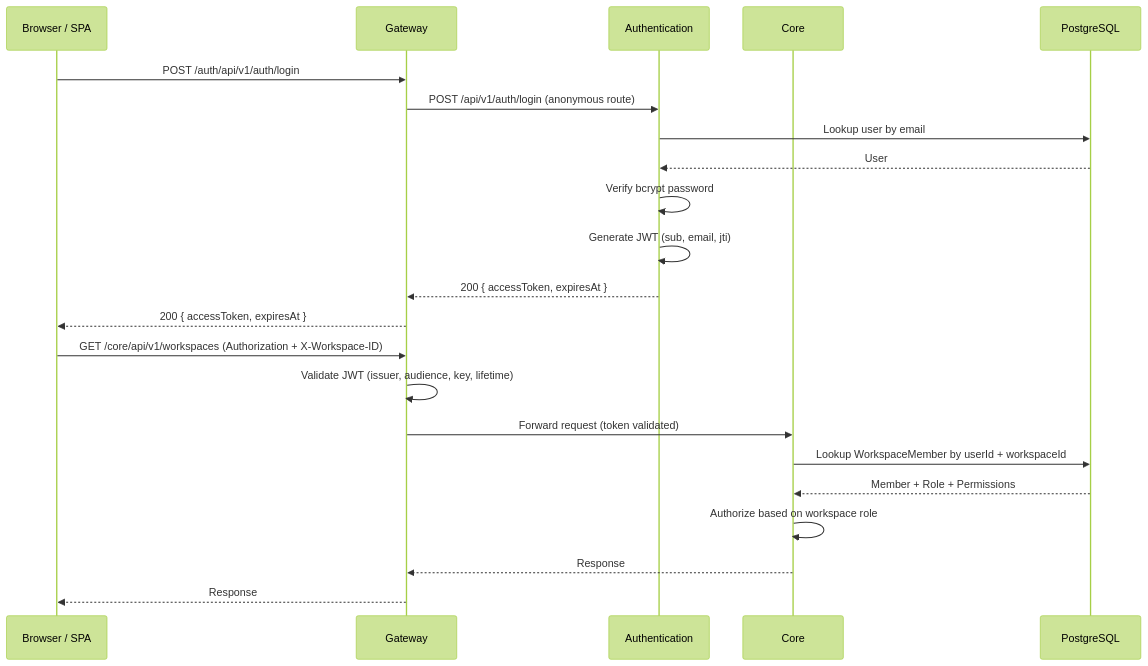
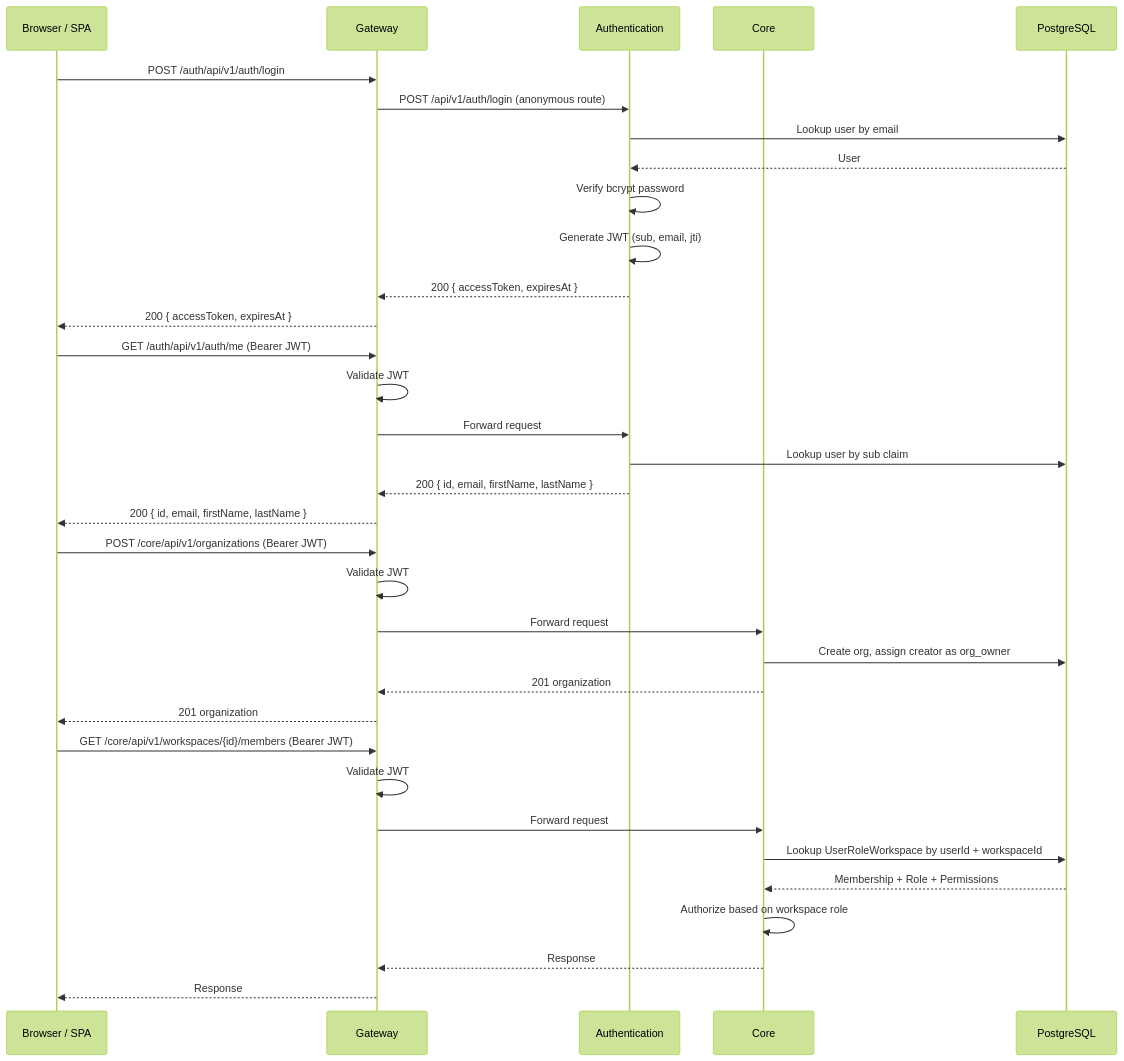
One commit to RelativaCRM/Relativa changed the third of 3 diagrams in docs/ai-guides/ARCHITECTURE.md. Above: the diagram before and after it, drawn with Mermaid (forest theme). The commit also changed other lines of this file and 133 other files, not shown here.

````diff
--- a/docs/ai-guides/ARCHITECTURE.md
+++ b/docs/ai-guides/ARCHITECTURE.md
@@ -212,26 +261,40 @@
 ```mermaid
 sequenceDiagram
     participant Client as Browser / SPA
     participant GW as Gateway
     participant Auth as Authentication
     participant Core as Core
     participant DB as PostgreSQL
 
     Client->>GW: POST /auth/api/v1/auth/login
     GW->>Auth: POST /api/v1/auth/login (anonymous route)
     Auth->>DB: Lookup user by email
     DB-->>Auth: User
     Auth->>Auth: Verify bcrypt password
     Auth->>Auth: Generate JWT (sub, email, jti)
     Auth-->>GW: 200 { accessToken, expiresAt }
     GW-->>Client: 200 { accessToken, expiresAt }
 
-    Client->>GW: GET /core/api/v1/workspaces (Authorization + X-Workspace-ID)
-    GW->>GW: Validate JWT (issuer, audience, key, lifetime)
-    GW->>Core: Forward request (token validated)
-    Core->>DB: Lookup WorkspaceMember by userId + workspaceId
-    DB-->>Core: Member + Role + Permissions
+    Client->>GW: GET /auth/api/v1/auth/me (Bearer JWT)
+    GW->>GW: Validate JWT
+    GW->>Auth: Forward request
+    Auth->>DB: Lookup user by sub claim
+    Auth-->>GW: 200 { id, email, firstName, lastName }
+    GW-->>Client: 200 { id, email, firstName, lastName }
+
+    Client->>GW: POST /core/api/v1/organizations (Bearer JWT)
+    GW->>GW: Validate JWT
+    GW->>Core: Forward request
+    Core->>DB: Create org, assign creator as org_owner
+    Core-->>GW: 201 organization
+    GW-->>Client: 201 organization
+
+    Client->>GW: GET /core/api/v1/workspaces/{id}/members (Bearer JWT)
+    GW->>GW: Validate JWT
+    GW->>Core: Forward request
+    Core->>DB: Lookup UserRoleWorkspace by userId + workspaceId
+    DB-->>Core: Membership + Role + Permissions
     Core->>Core: Authorize based on workspace role
     Core-->>GW: Response
     GW-->>Client: Response
 ```
````
